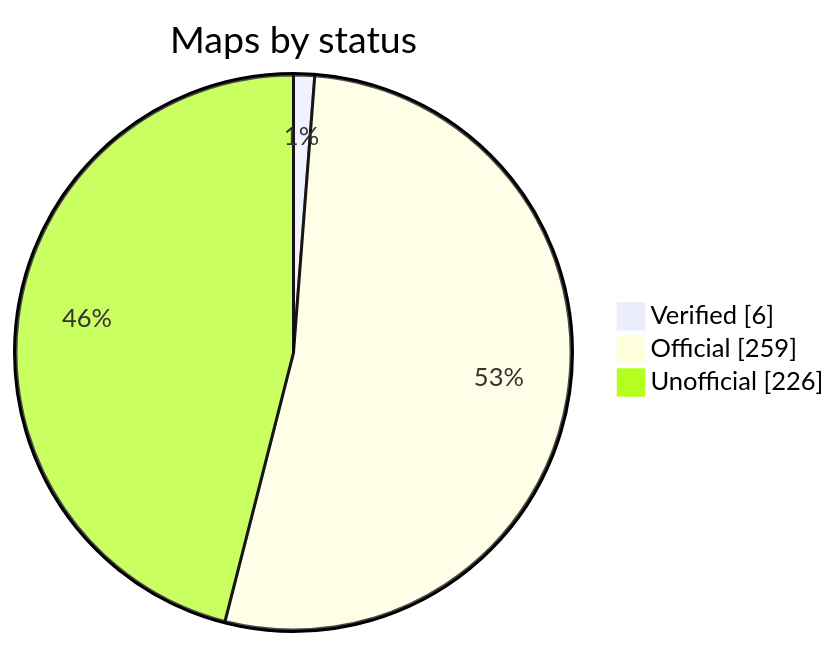
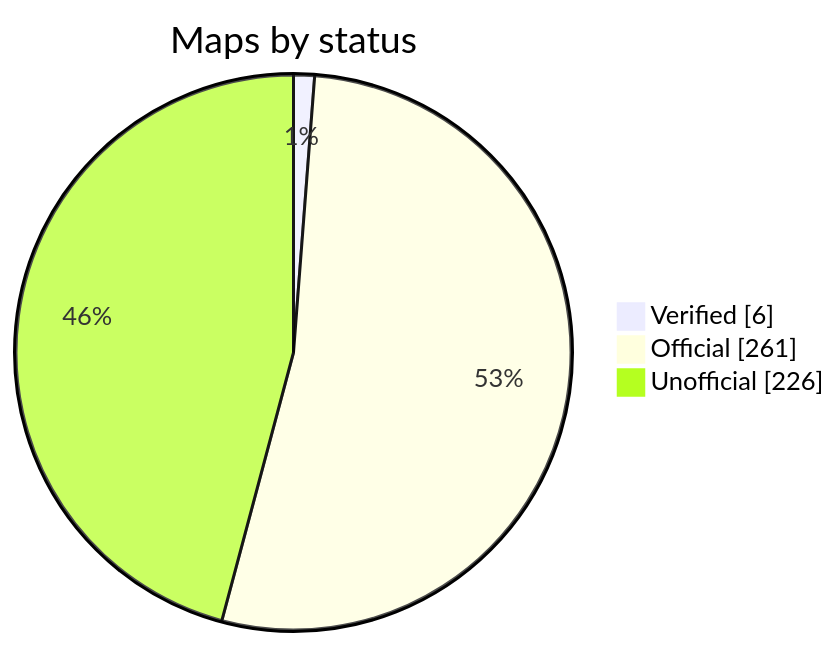
The diagram in README.md (nobrega8/mbmap-library), drawn with Mermaid before and after one commit. The commit also changed 3 other files, not shown here.

````diff
--- a/README.md
+++ b/README.md
@@ -48,7 +48,7 @@
 ```mermaid
 pie showData
     title Maps by status
     "Verified" : 6
-    "Official" : 259
+    "Official" : 261
     "Unofficial" : 226
 ```
````
